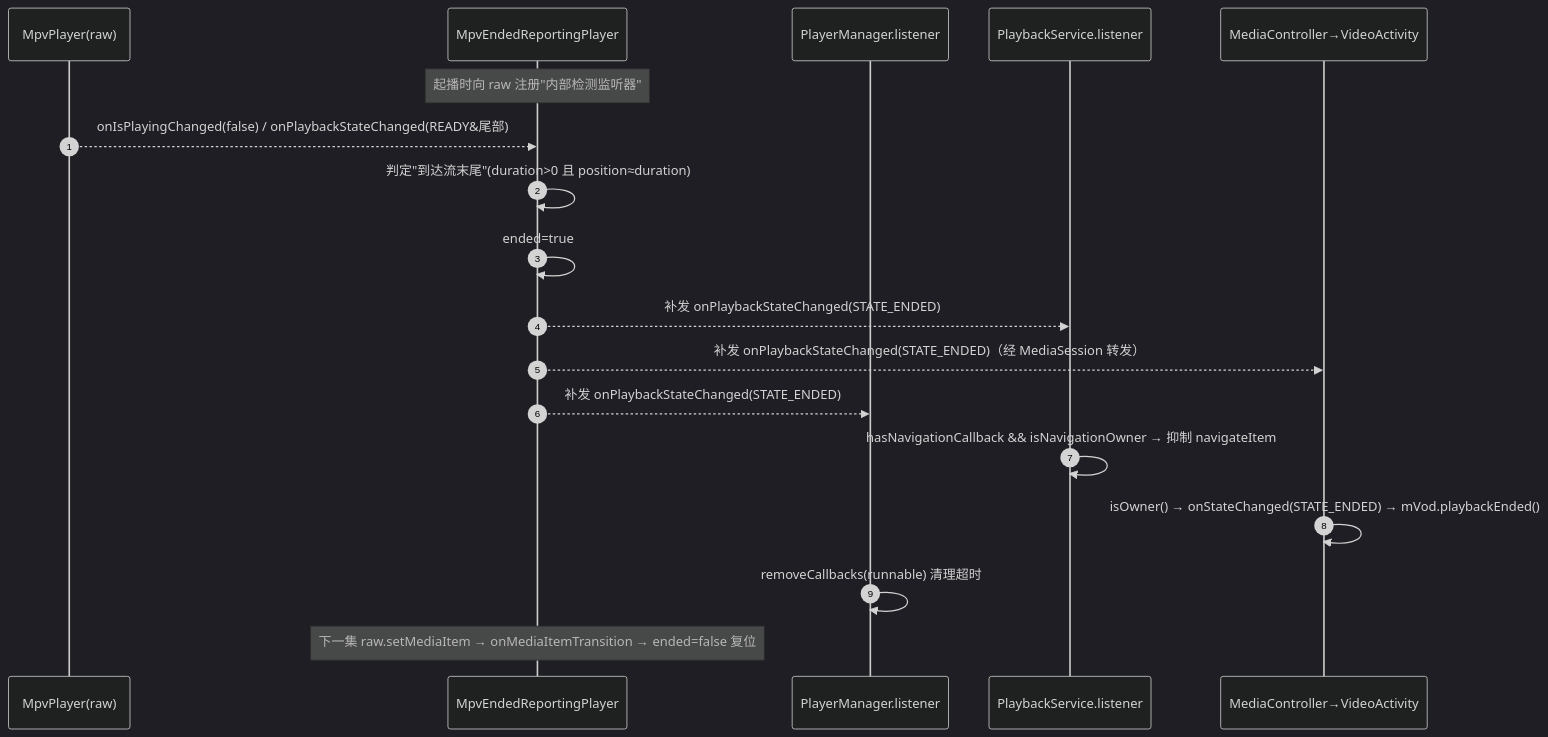
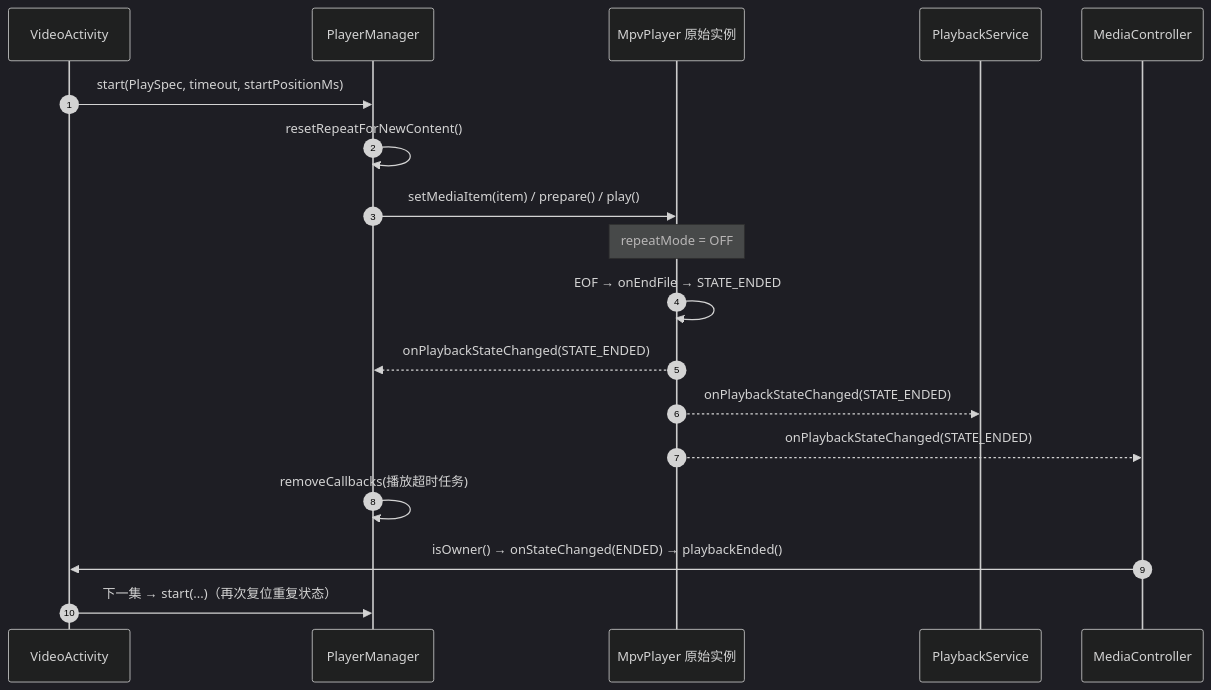
The fifth of 5 diagrams in .trae/documents/MPV引擎STATE_ENDED补齐开发设计文档.md (chengshengru/TV), drawn with Mermaid (dark theme) before and after one commit. The commit also changed other lines of this file and 3 other files, not shown here.

````diff
--- a/.trae/documents/MPV引擎STATE_ENDED补齐开发设计文档.md
+++ b/.trae/documents/MPV引擎STATE_ENDED补齐开发设计文档.md
@@ -127,21 +416,21 @@
 ```mermaid
 sequenceDiagram
     autonumber
-    participant Raw as MpvPlayer(raw)
-    participant Wrap as MpvEndedReportingPlayer
-    participant PM as PlayerManager.listener
-    participant Svc as PlaybackService.listener
-    participant MC as MediaController→VideoActivity
+    participant UI as VideoActivity
+    participant PM as PlayerManager
+    participant MP as MpvPlayer 原始实例
+    participant SVC as PlaybackService
+    participant MC as MediaController
 
-    Note over Wrap: 起播时向 raw 注册"内部检测监听器"
-    Raw-->>Wrap: onIsPlayingChanged(false) / onPlaybackStateChanged(READY&尾部)
-    Wrap->>Wrap: 判定"到达流末尾"(duration>0 且 position≈duration)
-    Wrap->>Wrap: ended=true
-    Wrap-->>Svc: 补发 onPlaybackStateChanged(STATE_ENDED)
-    Wrap-->>MC: 补发 onPlaybackStateChanged(STATE_ENDED)（经 MediaSession 转发）
-    Wrap-->>PM: 补发 onPlaybackStateChanged(STATE_ENDED)
-    Svc->>Svc: hasNavigationCallback && isNavigationOwner → 抑制 navigateItem
-    MC->>MC: isOwner() → onStateChanged(STATE_ENDED) → mVod.playbackEnded()
-    PM->>PM: removeCallbacks(runnable) 清理超时
-    Note over Wrap: 下一集 raw.setMediaItem → onMediaItemTransition → ended=false 复位
+    UI->>PM: start(PlaySpec, timeout, startPositionMs)
+    PM->>PM: resetRepeatForNewContent()
+    PM->>MP: setMediaItem(item) / prepare() / play()
+    Note over MP: repeatMode = OFF
+    MP->>MP: EOF → onEndFile → STATE_ENDED
+    MP-->>PM: onPlaybackStateChanged(STATE_ENDED)
+    MP-->>SVC: onPlaybackStateChanged(STATE_ENDED)
+    MP-->>MC: onPlaybackStateChanged(STATE_ENDED)
+    PM->>PM: removeCallbacks(播放超时任务)
+    MC->>UI: isOwner() → onStateChanged(ENDED) → playbackEnded()
+    UI->>PM: 下一集 → start(...)（再次复位重复状态）
 ```
````
